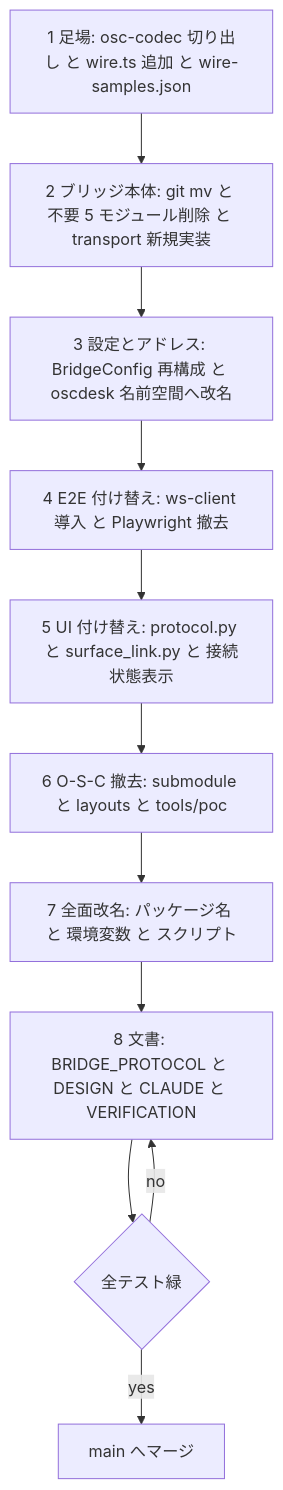
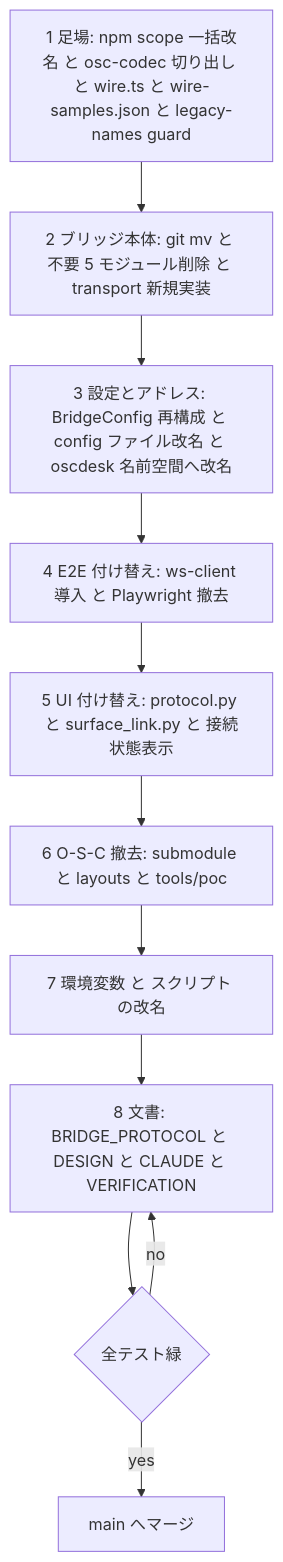
The sixth of 6 diagrams in .kiro/specs/oscdesk-standalone-bridge/design.md (Hidano-Dev/osc-surface), drawn with Mermaid before and after one commit. The commit also changed other lines of this file and 1 other file, not shown here.

Commit message:
Update design.md, spec.json

````diff
--- a/.kiro/specs/oscdesk-standalone-bridge/design.md
+++ b/.kiro/specs/oscdesk-standalone-bridge/design.md
@@ -1215,15 +1324,15 @@
 ```mermaid
 flowchart TD
-    S1[1 足場: osc-codec 切り出し と wire.ts 追加 と wire-samples.json]
+    S1[1 足場: npm scope 一括改名 と osc-codec 切り出し と wire.ts と wire-samples.json と legacy-names guard]
     S2[2 ブリッジ本体: git mv と 不要 5 モジュール削除 と transport 新規実装]
-    S3[3 設定とアドレス: BridgeConfig 再構成 と oscdesk 名前空間へ改名]
+    S3[3 設定とアドレス: BridgeConfig 再構成 と config ファイル改名 と oscdesk 名前空間へ改名]
     S4[4 E2E 付け替え: ws-client 導入 と Playwright 撤去]
     S5[5 UI 付け替え: protocol.py と surface_link.py と 接続状態表示]
     S6[6 O-S-C 撤去: submodule と layouts と tools/poc]
-    S7[7 全面改名: パッケージ名 と 環境変数 と スクリプト]
+    S7[7 環境変数 と スクリプト の改名]
     S8[8 文書: BRIDGE_PROTOCOL と DESIGN と CLAUDE と VERIFICATION]
     S1 --> S2 --> S3 --> S4 --> S5 --> S6 --> S7 --> S8
     S8 --> G{全テスト緑}
     G -- yes --> M[main へマージ]
     G -- no --> S8
 ```
````
